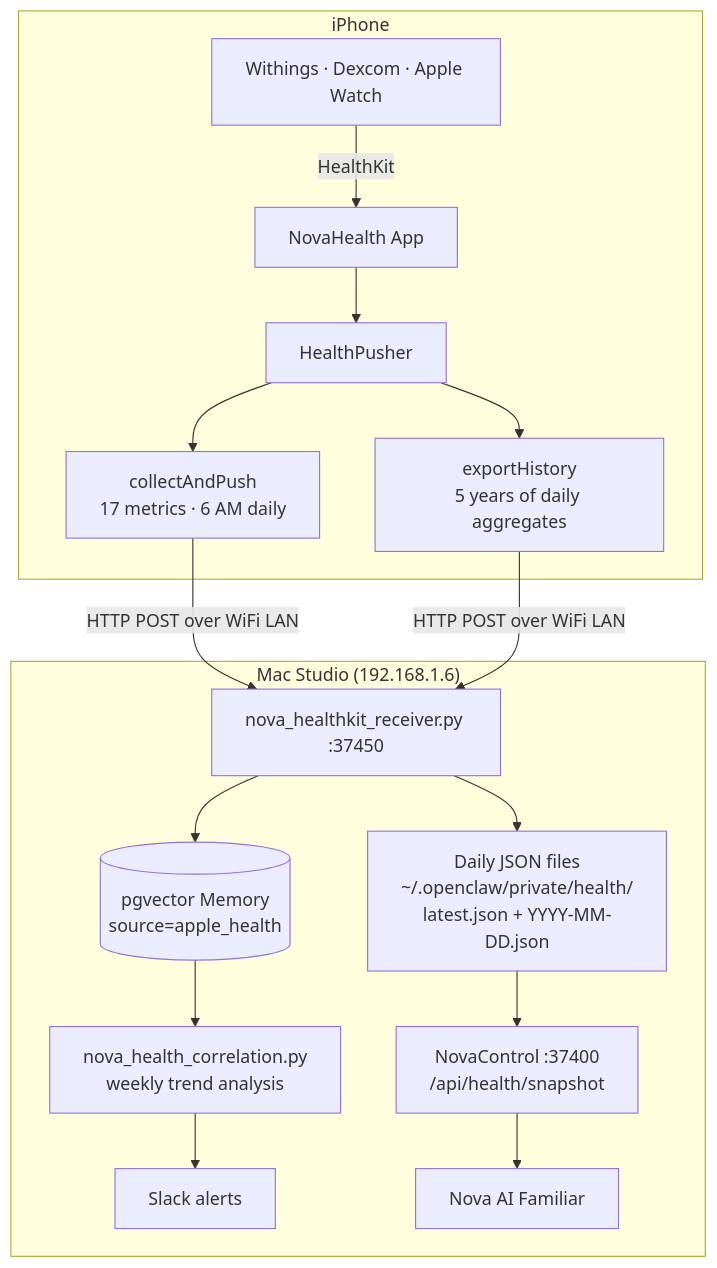
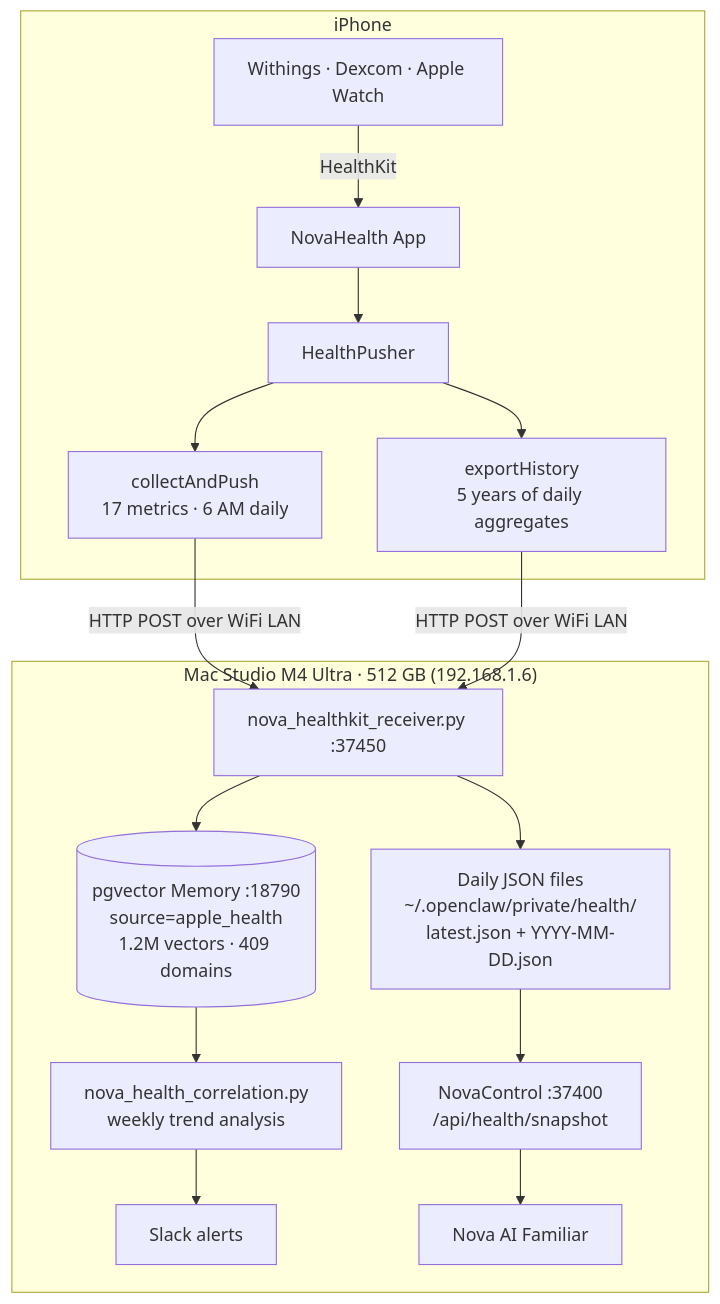
The first of 3 diagrams in README.md (kochj23/NovaHealth), drawn with Mermaid before and after one commit. The commit also changed other lines of this file, not shown here.

````diff
--- a/README.md
+++ b/README.md
@@ -19,21 +19,21 @@
 ```mermaid
 graph TD
     subgraph iPhone
         Devices[Withings · Dexcom · Apple Watch] -->|HealthKit| App[NovaHealth App]
         App --> Pusher[HealthPusher]
         Pusher --> Daily[collectAndPush<br/>17 metrics · 6 AM daily]
         Pusher --> History[exportHistory<br/>5 years of daily aggregates]
     end
 
     Daily & History -->|HTTP POST over WiFi LAN| Receiver
 
-    subgraph Mac["Mac Studio (192.168.1.6)"]
+    subgraph Mac["Mac Studio M4 Ultra · 512 GB (192.168.1.6)"]
         Receiver[nova_healthkit_receiver.py :37450]
         Receiver --> Files["Daily JSON files<br/>~/.openclaw/private/health/<br/>latest.json + YYYY-MM-DD.json"]
-        Receiver --> Memory[(pgvector Memory<br/>source=apple_health)]
+        Receiver --> Memory[(pgvector Memory :18790<br/>source=apple_health<br/>1.2M vectors · 409 domains)]
         Memory --> Corr[nova_health_correlation.py<br/>weekly trend analysis]
         Corr --> Slack[Slack alerts]
         Files --> NovaControl["NovaControl :37400<br/>/api/health/snapshot"]
         NovaControl --> Nova[Nova AI Familiar]
     end
 ```
````
